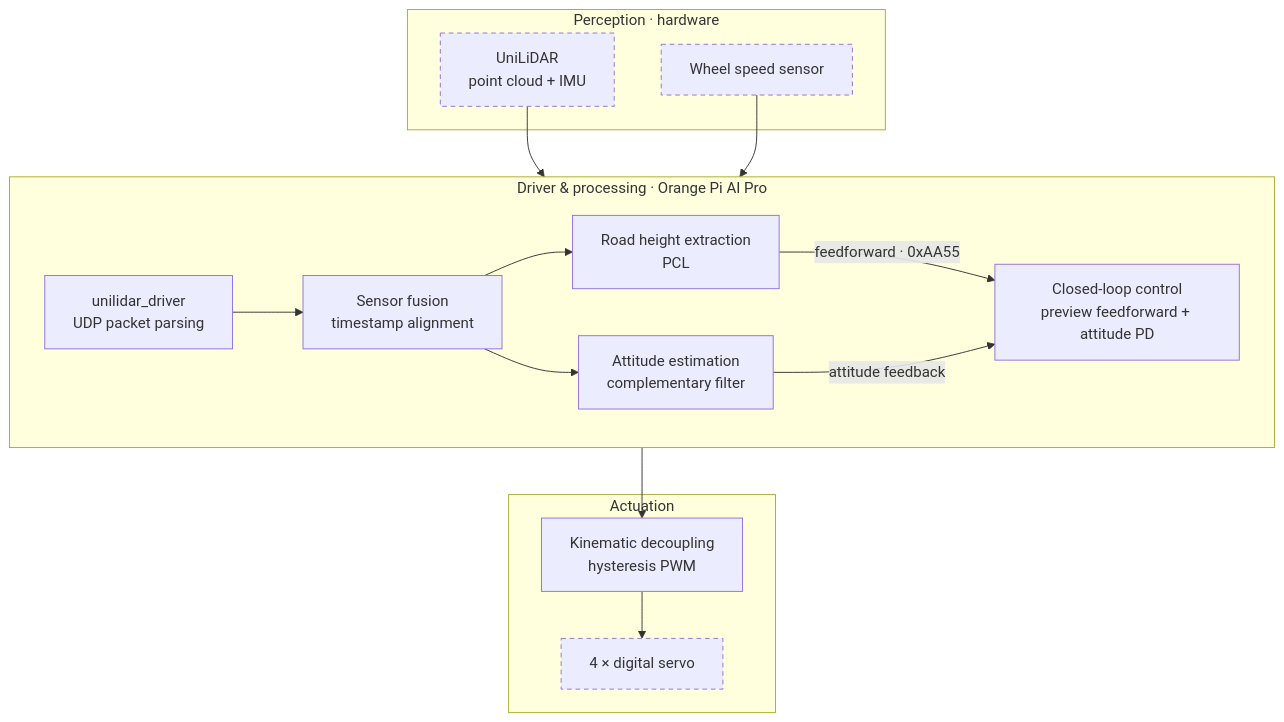
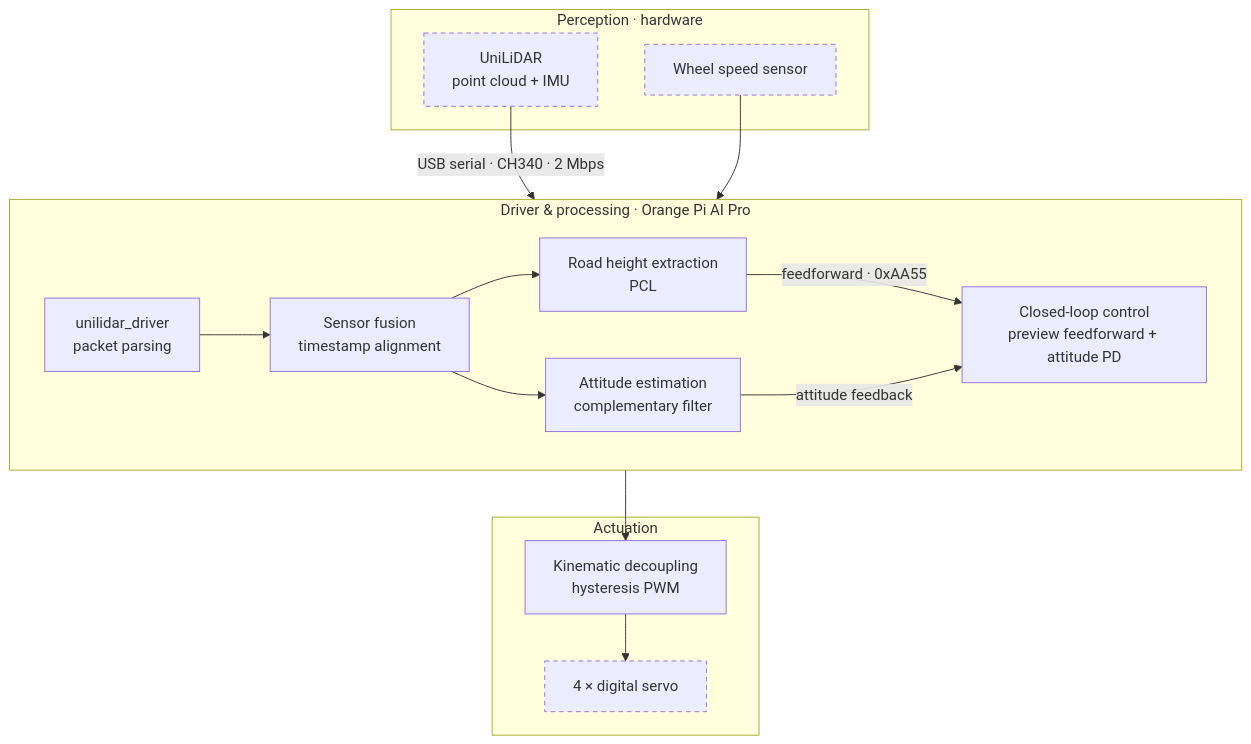
One commit to qi-neo/active-suspension-lidar-preview changed the first of 4 diagrams in README.en.md. Above: the diagram before and after it, drawn with Mermaid. The commit also changed other lines of this file and 1 other file, not shown here.

Commit message:
docs: L1实物链路更正为CH340 USB串口(2Mbps/ttyUSB0/dialout), UDP降为备选; 接线图/架构图/接口分层表同步, 中英README一致; 标注驱动仅实现UDP接收需补串口receiver

````diff
--- a/README.en.md
+++ b/README.en.md
@@ -96,30 +97,30 @@
 ```mermaid
 %%{init: {'theme': 'base', 'themeVariables': {'fontFamily': '"PingFang SC","Hiragino Sans GB","Microsoft YaHei",sans-serif', 'fontSize': '14px', 'primaryColor': '#ffffff', 'primaryTextColor': '#1f2328', 'primaryBorderColor': '#d0d7de', 'lineColor': '#8c959f', 'secondaryColor': '#f6f8fa', 'tertiaryColor': '#ffffff', 'edgeLabelBackground': '#ffffff', 'clusterBkg': '#ffffff', 'clusterBorder': '#e5e7eb', 'titleColor': '#1f2328'}}}%%
 flowchart TB
     subgraph S1["Perception · hardware"]
         L["UniLiDAR<br/>point cloud + IMU"]
         W["Wheel speed sensor"]
     end
     subgraph S2["Driver & processing · Orange Pi AI Pro"]
         direction LR
-        DR["unilidar_driver<br/>UDP packet parsing"]
+        DR["unilidar_driver<br/>packet parsing"]
         F["Sensor fusion<br/>timestamp alignment"]
         P["Road height extraction<br/>PCL"]
         A["Attitude estimation<br/>complementary filter"]
         C["Closed-loop control<br/>preview feedforward + attitude PD"]
     end
     subgraph S3["Actuation"]
         K["Kinematic decoupling<br/>hysteresis PWM"]
         D["4 × digital servo"]
     end
-    L --> DR
+    L -->|"USB serial · CH340 · 2 Mbps"| DR
     DR --> F
     W --> F
     F --> P
     F --> A
     P -->|feedforward · 0xAA55| C
     A -->|attitude feedback| C
     C --> K --> D
     classDef hw stroke-dasharray: 5 4
     class L,W,D hw
 ```
````
